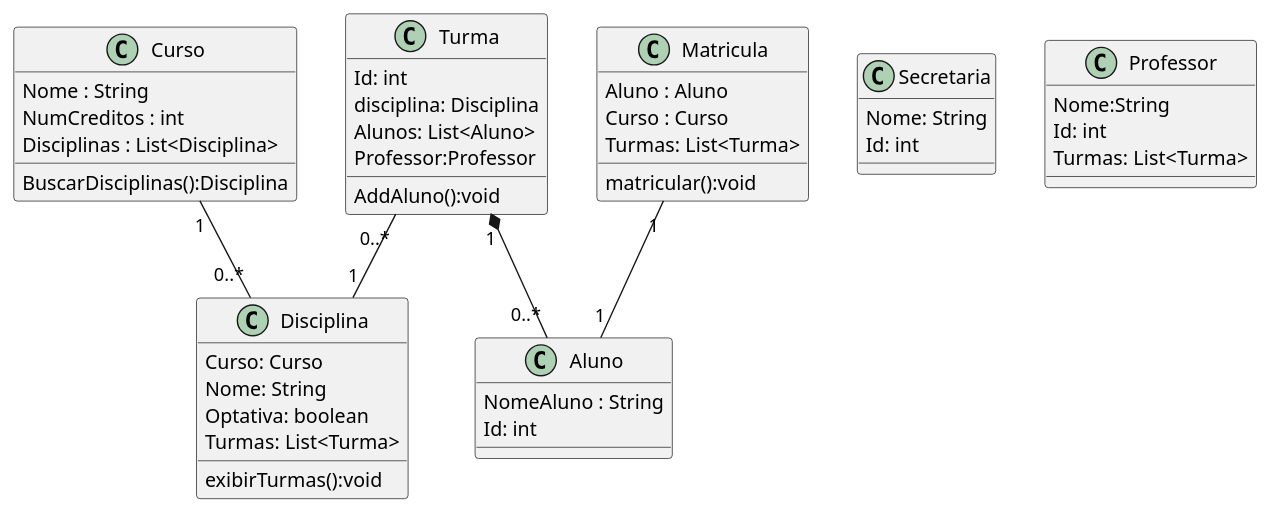
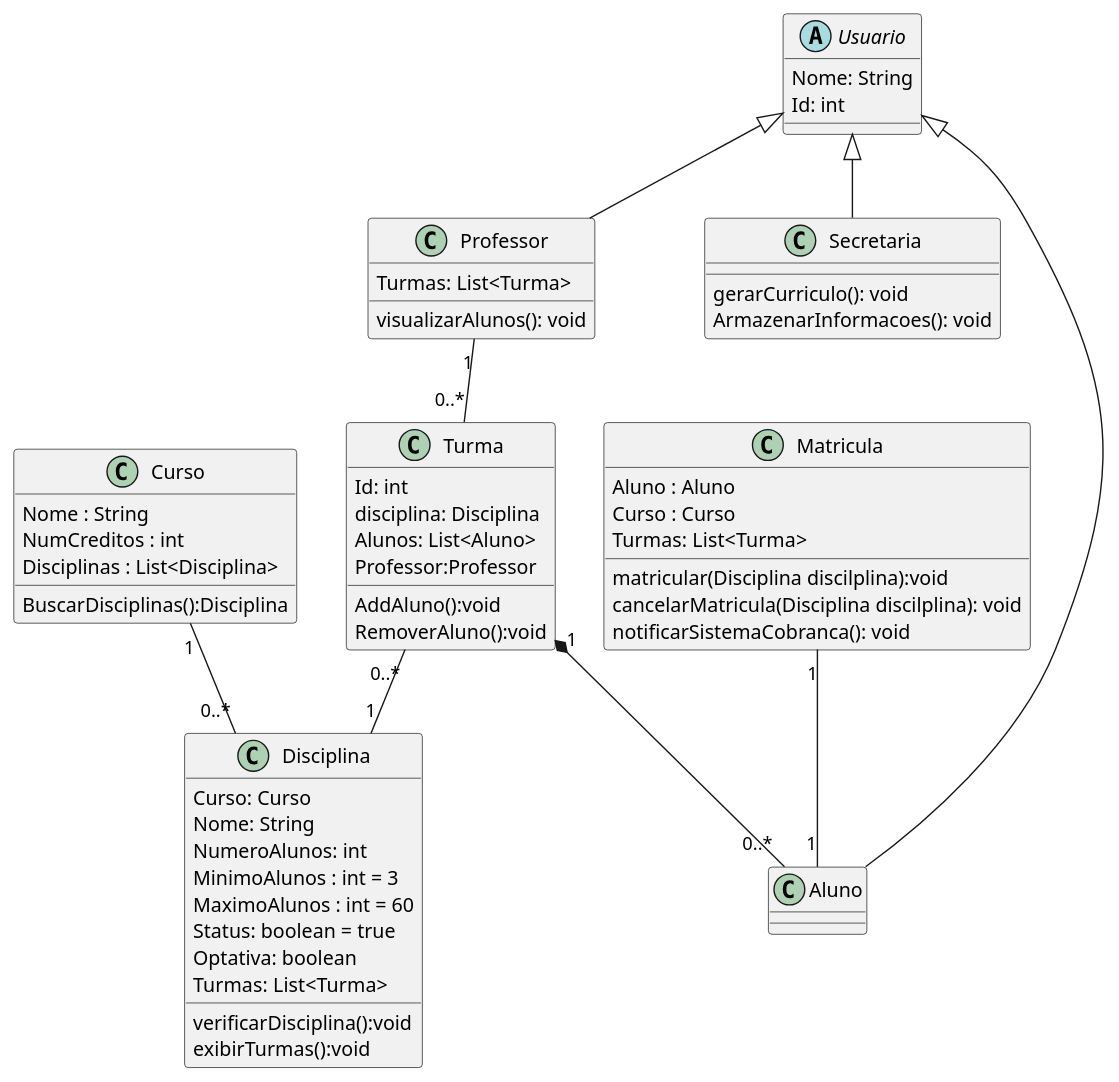
One commit to pedrofr1313/Laboratorio-Projeto-de-Software changed the diagram in project/code/DiagramaClasse.puml. Above: the diagram before and after it, drawn with PlantUML. The commit also changed 7 other files, not shown here.

```diff
--- a/project/code/DiagramaClasse.puml
+++ b/project/code/DiagramaClasse.puml
@@ -1,52 +1,69 @@
 @startuml
 class  Curso{
      Nome : String
      NumCreditos : int
      Disciplinas : List<Disciplina>
      BuscarDisciplinas():Disciplina
 }
 class  Aluno{
-    NomeAluno : String
-    Id: int
     
 
 }
 class  Turma{
     Id: int
     disciplina: Disciplina
     Alunos: List<Aluno>
     AddAluno():void
+    RemoverAluno():void
     Professor:Professor
 
 }
 class  Secretaria
 {
-    Nome: String
-    Id: int
+    
+    gerarCurriculo(): void
+    ArmazenarInformacoes(): void
+    
 }
 class  Professor
 {
-    Nome:String
-    Id: int
+
     Turmas: List<Turma>
+    visualizarAlunos(): void
 }
 class  Disciplina{
     Curso: Curso
     Nome: String
+    NumeroAlunos: int
+    MinimoAlunos : int = 3
+    MaximoAlunos : int = 60
+    Status: boolean = true
     Optativa: boolean
     Turmas: List<Turma>
+    verificarDisciplina():void
     exibirTurmas():void
 }
 class Matricula{
     Aluno : Aluno
     Curso : Curso
     Turmas: List<Turma>
-    matricular():void
+    matricular(Disciplina discilplina):void
+    cancelarMatricula(Disciplina discilplina): void
+    notificarSistemaCobranca(): void
 }
+
+abstract class Usuario{
+    Nome: String
+    Id: int
+}
+
 Turma "0..*" -- "1"Disciplina
-
+Professor "1"-- "0..*" Turma
 Matricula "1" -- "1" Aluno
 Turma "1" *-- "0..*"Aluno
 Curso "1"-- "0..*"Disciplina
+Usuario <|-- Aluno
+Usuario <|-- Professor
+Usuario <|-- Secretaria
 
 @enduml
```
